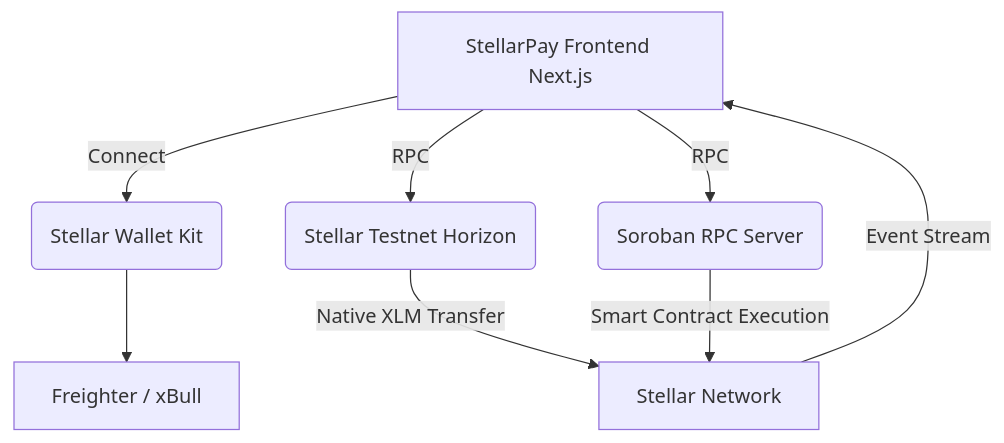
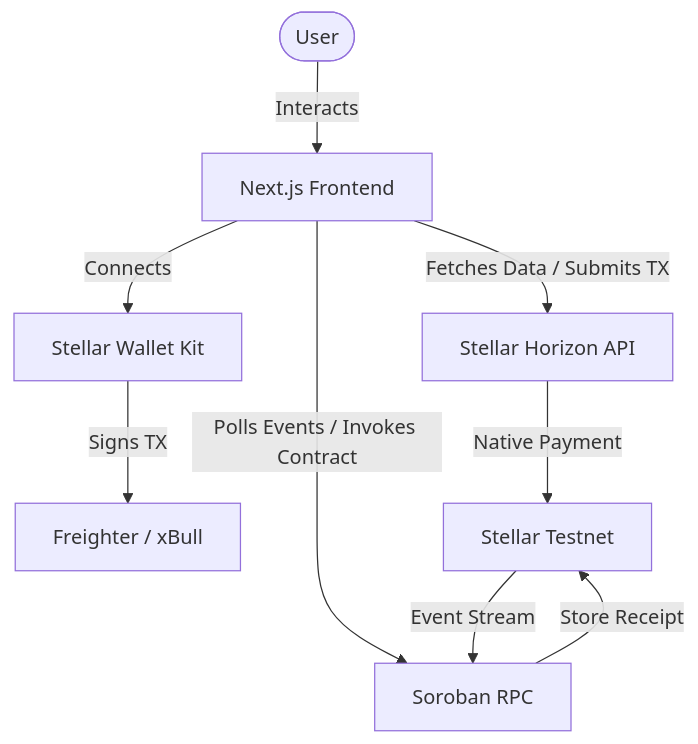
One commit to kavishsggs-cloud/stellar-mastery-s- changed the diagram in README.md. Above: the diagram before and after it, drawn with Mermaid. The commit also changed other lines of this file, not shown here.

````diff
--- a/README.md
+++ b/README.md
@@ -22,10 +97,12 @@
 ```mermaid
 graph TD
-    A[StellarPay Frontend Next.js] -->|Connect| B(Stellar Wallet Kit)
-    A -->|RPC| C(Stellar Testnet Horizon)
-    A -->|RPC| D(Soroban RPC Server)
-    B --> E[Freighter / xBull]
-    C -->|Native XLM Transfer| F[Stellar Network]
-    D -->|Smart Contract Execution| F
-    F -->|Event Stream| A
+    User([User]) -->|Interacts| UI[Next.js Frontend]
+    UI -->|Connects| WalletKit[Stellar Wallet Kit]
+    WalletKit -->|Signs TX| Freighter[Freighter / xBull]
+    UI -->|Fetches Data / Submits TX| Horizon[Stellar Horizon API]
+    UI -->|Polls Events / Invokes Contract| Soroban[Soroban RPC]
+    
+    Horizon -->|Native Payment| Testnet[Stellar Testnet]
+    Soroban -->|Store Receipt| Testnet
+    Testnet -->|Event Stream| Soroban
 ```
````
